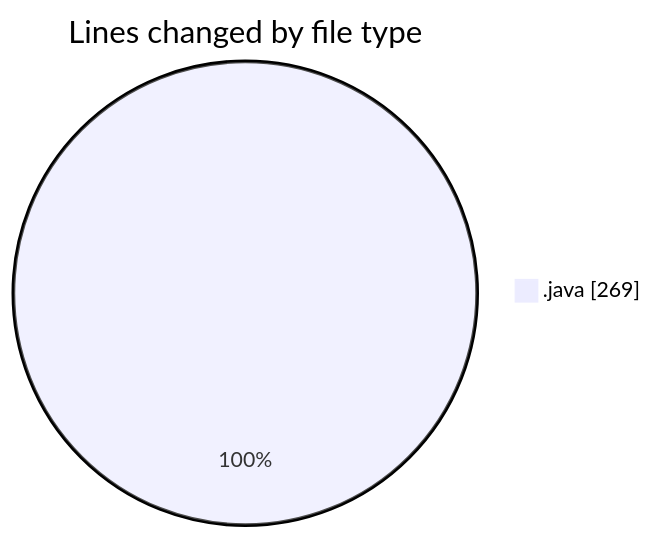
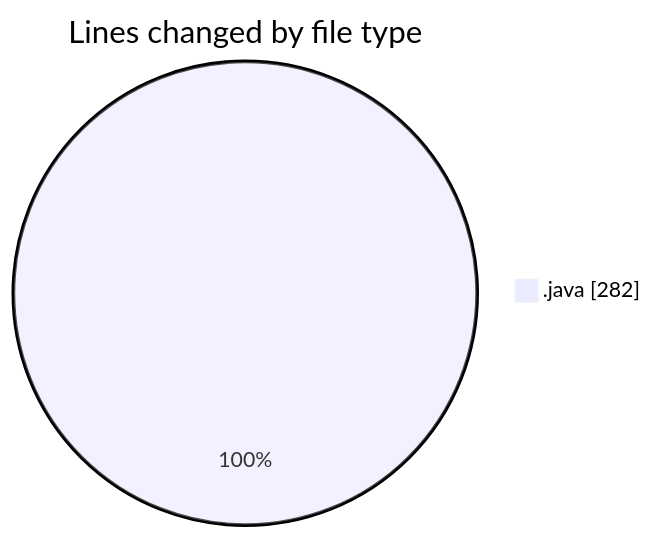
Before and after one commit to hasnaa123/code-tracking: the first of 2 diagrams in 2026-11-26/taskforge/README.md, drawn with Mermaid. The commit also changed other lines of this file and 1 other file, not shown here.

````diff
--- a/2026-11-26/taskforge/README.md
+++ b/2026-11-26/taskforge/README.md
@@ -21,5 +21,5 @@
 ```mermaid
 pie showData
 title Lines changed by file type
-".java" : 269
+".java" : 282
 ```
````
